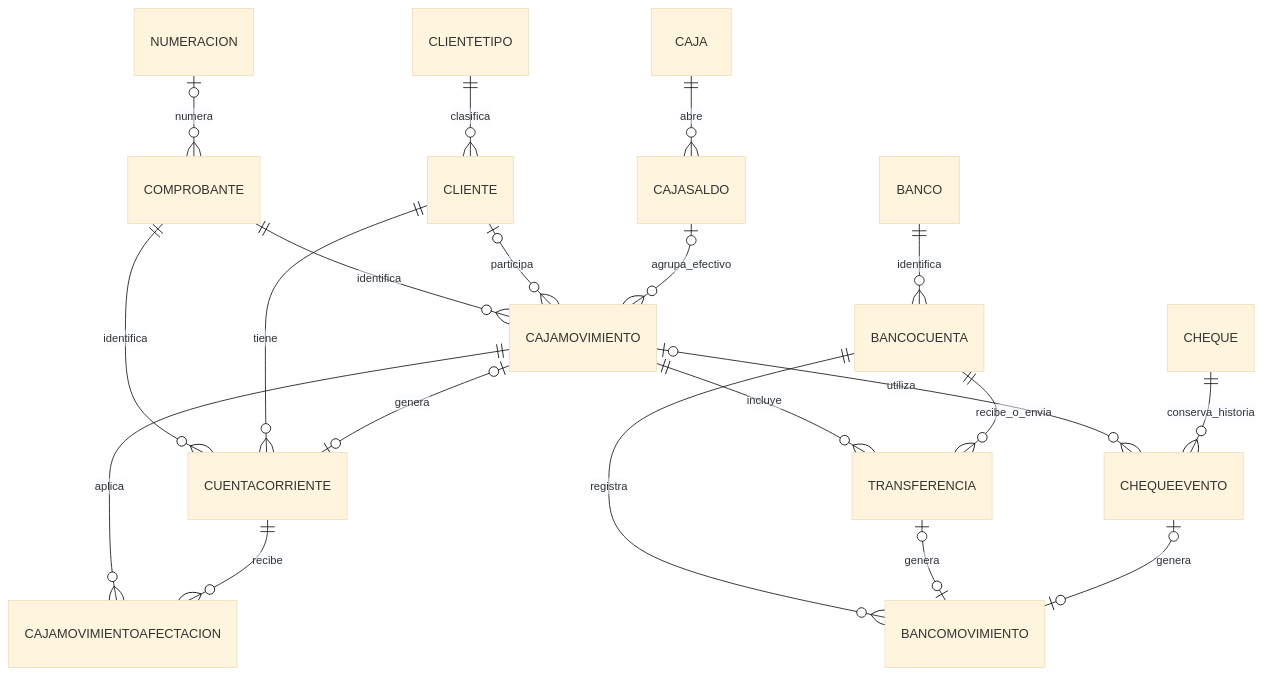
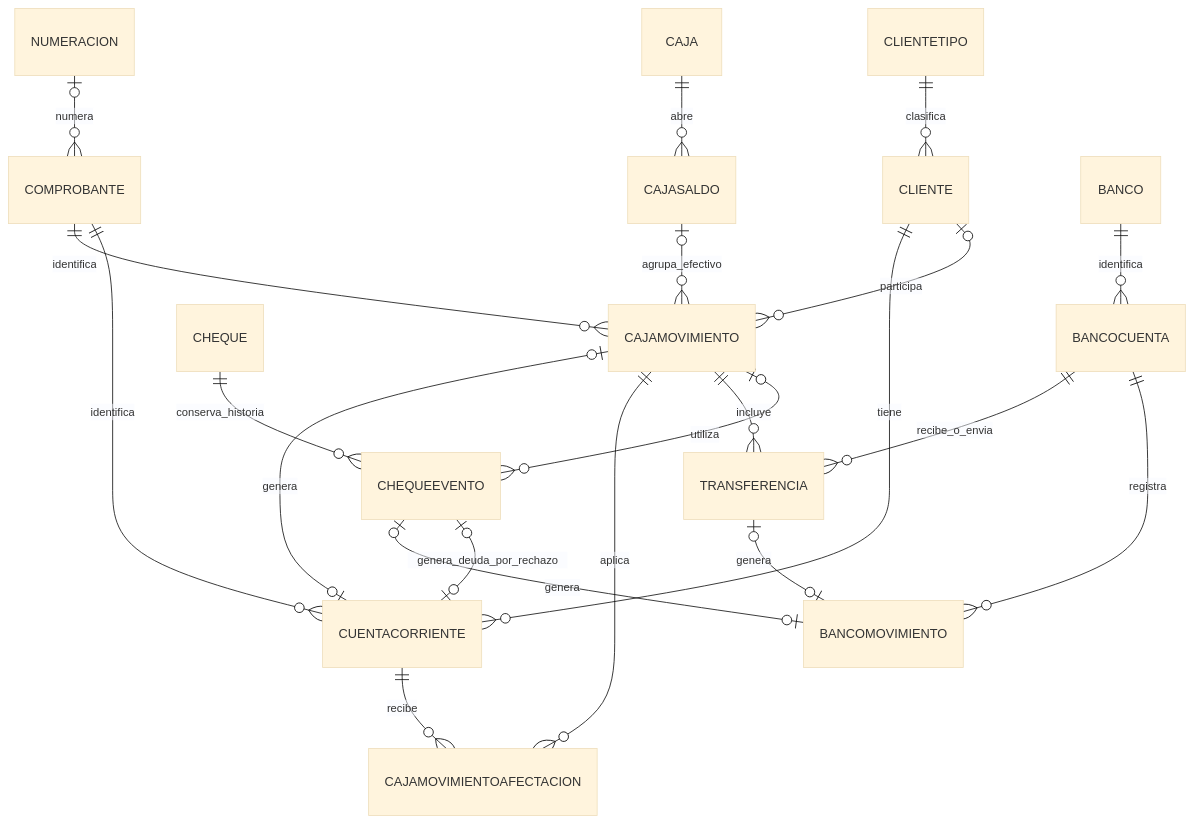
Before and after one commit to FacuPetry/ERP-Quiniela: the diagram in docs/modelo.md, drawn with Mermaid (base theme). The commit also changed other lines of this file and 27 other files, not shown here.

Commit message:
Registrar rechazo de cheques con deuda y contrapartida bancaria

````diff
--- a/docs/modelo.md
+++ b/docs/modelo.md
@@ -29,22 +29,23 @@
 ```mermaid
 erDiagram
     NUMERACION |o--o{ COMPROBANTE : numera
     COMPROBANTE ||--o{ CAJAMOVIMIENTO : identifica
     COMPROBANTE ||--o{ CUENTACORRIENTE : identifica
     CLIENTETIPO ||--o{ CLIENTE : clasifica
     CLIENTE ||--o{ CUENTACORRIENTE : tiene
     CLIENTE |o--o{ CAJAMOVIMIENTO : participa
     CAJA ||--o{ CAJASALDO : abre
     CAJASALDO |o--o{ CAJAMOVIMIENTO : agrupa_efectivo
     CAJAMOVIMIENTO |o--o| CUENTACORRIENTE : genera
     CAJAMOVIMIENTO ||--o{ CAJAMOVIMIENTOAFECTACION : aplica
     CUENTACORRIENTE ||--o{ CAJAMOVIMIENTOAFECTACION : recibe
     CAJAMOVIMIENTO ||--o{ TRANSFERENCIA : incluye
     CAJAMOVIMIENTO |o--o{ CHEQUEEVENTO : utiliza
     CHEQUE ||--o{ CHEQUEEVENTO : conserva_historia
     BANCO ||--o{ BANCOCUENTA : identifica
     BANCOCUENTA ||--o{ TRANSFERENCIA : recibe_o_envia
     BANCOCUENTA ||--o{ BANCOMOVIMIENTO : registra
     TRANSFERENCIA |o--o| BANCOMOVIMIENTO : genera
     CHEQUEEVENTO |o--o| BANCOMOVIMIENTO : genera
+    CHEQUEEVENTO |o--o| CUENTACORRIENTE : genera_deuda_por_rechazo
 ```
````
